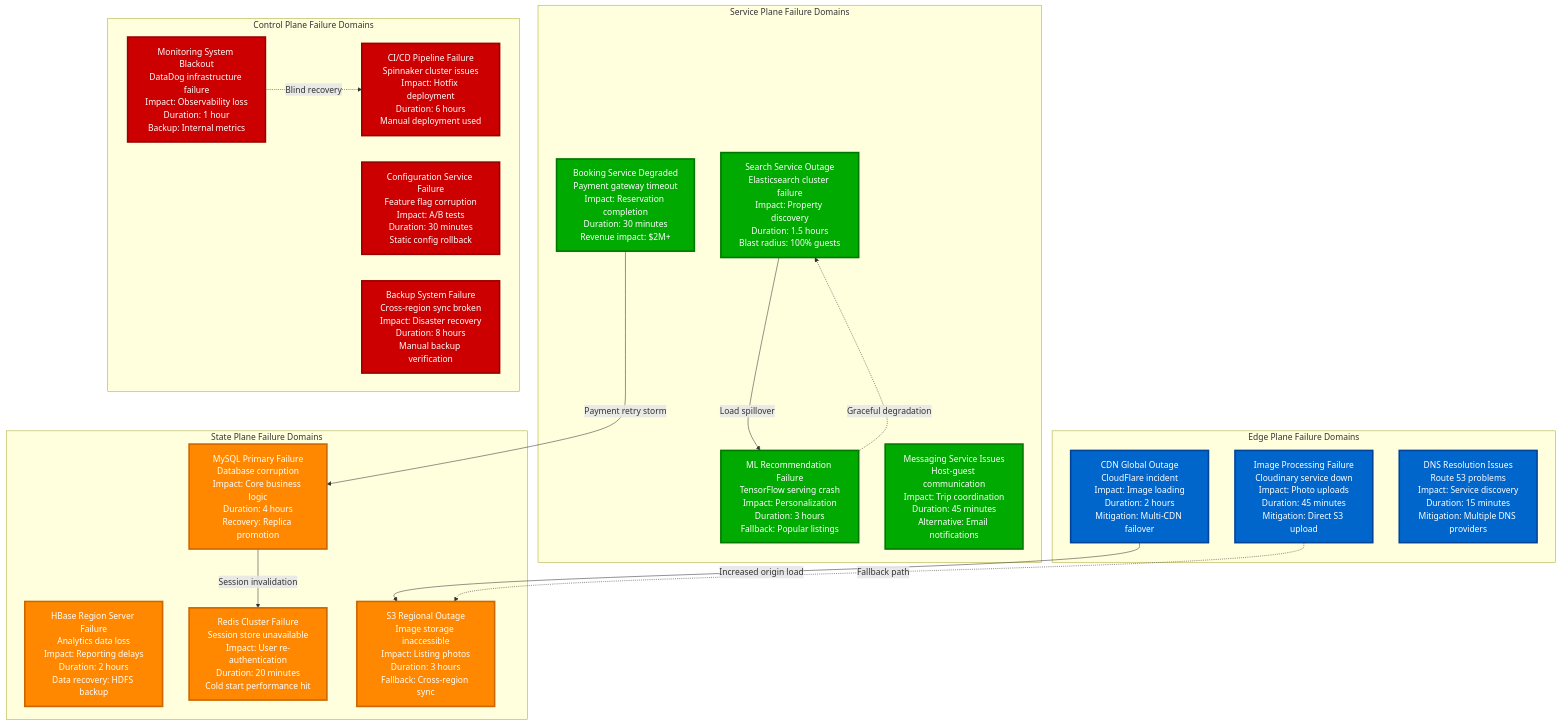
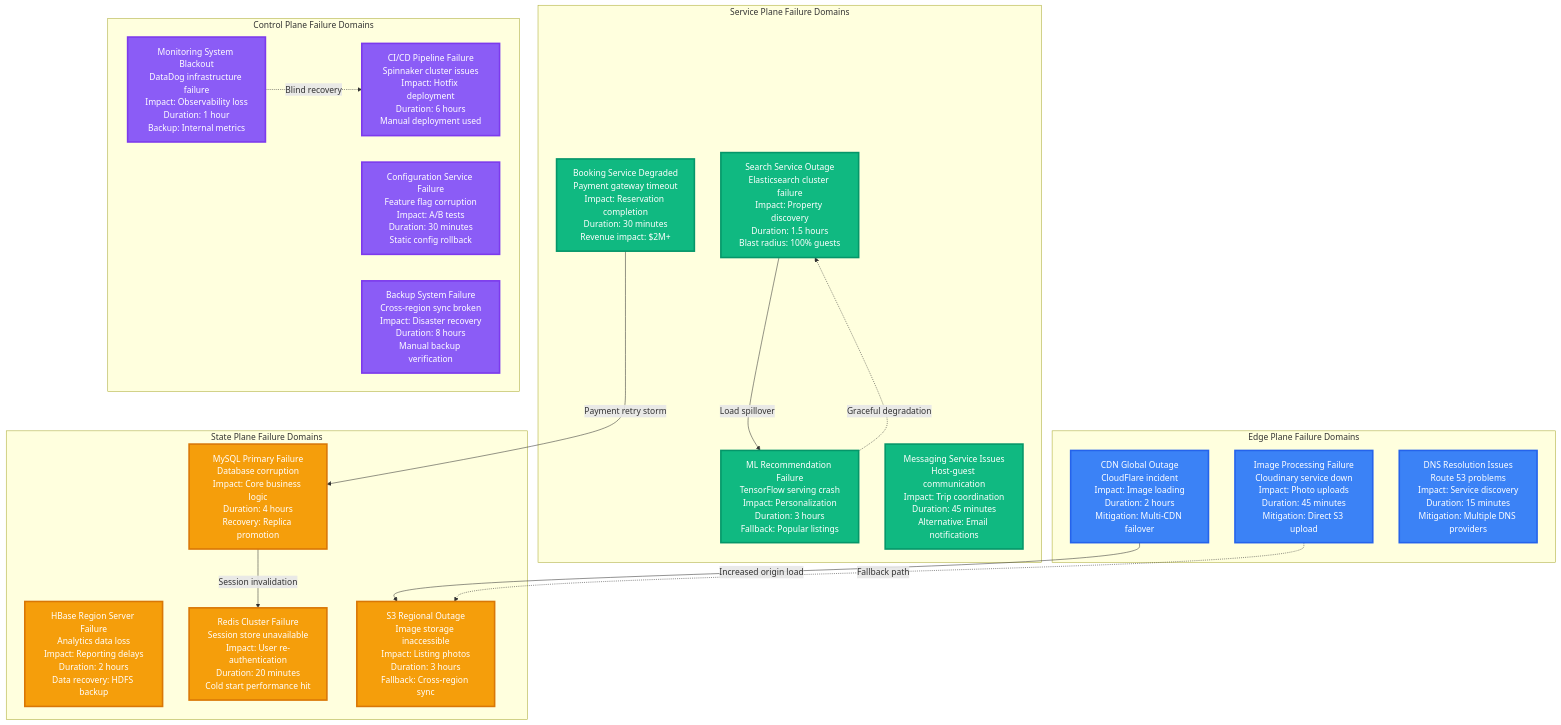
The first of 5 diagrams in site/docs/systems/airbnb/failure-domains.md (deepaucksharma/DS), drawn with Mermaid before and after one commit. The commit also changed other lines of this file and 303 other files, not shown here.

````diff
--- a/site/docs/systems/airbnb/failure-domains.md
+++ b/site/docs/systems/airbnb/failure-domains.md
@@ -7,62 +7,62 @@
 ```mermaid
 graph TB
     subgraph EdgeFailures[Edge Plane Failure Domains]
         CDNOutage[CDN Global Outage<br/>CloudFlare incident<br/>Impact: Image loading<br/>Duration: 2 hours<br/>Mitigation: Multi-CDN failover]
 
         ImageProcessingFail[Image Processing Failure<br/>Cloudinary service down<br/>Impact: Photo uploads<br/>Duration: 45 minutes<br/>Mitigation: Direct S3 upload]
 
         DNSResolutionFail[DNS Resolution Issues<br/>Route 53 problems<br/>Impact: Service discovery<br/>Duration: 15 minutes<br/>Mitigation: Multiple DNS providers]
     end
 
     subgraph ServiceFailures[Service Plane Failure Domains]
         SearchServiceDown[Search Service Outage<br/>Elasticsearch cluster failure<br/>Impact: Property discovery<br/>Duration: 1.5 hours<br/>Blast radius: 100% guests]
 
         BookingServiceDegraded[Booking Service Degraded<br/>Payment gateway timeout<br/>Impact: Reservation completion<br/>Duration: 30 minutes<br/>Revenue impact: $2M+]
 
         RecommendationFailure[ML Recommendation Failure<br/>TensorFlow serving crash<br/>Impact: Personalization<br/>Duration: 3 hours<br/>Fallback: Popular listings]
 
         MessageServiceIssues[Messaging Service Issues<br/>Host-guest communication<br/>Impact: Trip coordination<br/>Duration: 45 minutes<br/>Alternative: Email notifications]
     end
 
     subgraph StateFailures[State Plane Failure Domains]
         MySQLPrimaryFailure[MySQL Primary Failure<br/>Database corruption<br/>Impact: Core business logic<br/>Duration: 4 hours<br/>Recovery: Replica promotion]
 
         HBaseRegionFailure[HBase Region Server Failure<br/>Analytics data loss<br/>Impact: Reporting delays<br/>Duration: 2 hours<br/>Data recovery: HDFS backup]
 
         RedisClusterFailure[Redis Cluster Failure<br/>Session store unavailable<br/>Impact: User re-authentication<br/>Duration: 20 minutes<br/>Cold start performance hit]
 
         S3RegionalOutage[S3 Regional Outage<br/>Image storage inaccessible<br/>Impact: Listing photos<br/>Duration: 3 hours<br/>Fallback: Cross-region sync]
     end
 
     subgraph ControlFailures[Control Plane Failure Domains]
         MonitoringBlackout[Monitoring System Blackout<br/>DataDog infrastructure failure<br/>Impact: Observability loss<br/>Duration: 1 hour<br/>Backup: Internal metrics]
 
         DeploymentPipelineDown[CI/CD Pipeline Failure<br/>Spinnaker cluster issues<br/>Impact: Hotfix deployment<br/>Duration: 6 hours<br/>Manual deployment used]
 
         ConfigServiceCorruption[Configuration Service Failure<br/>Feature flag corruption<br/>Impact: A/B tests<br/>Duration: 30 minutes<br/>Static config rollback]
 
         BackupSystemFailure[Backup System Failure<br/>Cross-region sync broken<br/>Impact: Disaster recovery<br/>Duration: 8 hours<br/>Manual backup verification]
     end
 
     %% Cascade Failure Paths
     CDNOutage -->|Increased origin load| S3RegionalOutage
     SearchServiceDown -->|Load spillover| RecommendationFailure
     MySQLPrimaryFailure -->|Session invalidation| RedisClusterFailure
     BookingServiceDegraded -->|Payment retry storm| MySQLPrimaryFailure
 
     %% Recovery Dependencies
     ImageProcessingFail -.->|Fallback path| S3RegionalOutage
     RecommendationFailure -.->|Graceful degradation| SearchServiceDown
     MonitoringBlackout -.->|Blind recovery| DeploymentPipelineDown
 
     %% Apply four-plane colors with thicker borders for failures
-    classDef edgeStyle fill:#0066CC,stroke:#004499,color:#fff,stroke-width:3px
-    classDef serviceStyle fill:#00AA00,stroke:#007700,color:#fff,stroke-width:3px
-    classDef stateStyle fill:#FF8800,stroke:#CC6600,color:#fff,stroke-width:3px
-    classDef controlStyle fill:#CC0000,stroke:#990000,color:#fff,stroke-width:3px
+    classDef edgeStyle fill:#3B82F6,stroke:#2563EB,color:#fff,stroke-width:3px
+    classDef serviceStyle fill:#10B981,stroke:#059669,color:#fff,stroke-width:3px
+    classDef stateStyle fill:#F59E0B,stroke:#D97706,color:#fff,stroke-width:3px
+    classDef controlStyle fill:#8B5CF6,stroke:#7C3AED,color:#fff,stroke-width:3px
 
     class CDNOutage,ImageProcessingFail,DNSResolutionFail edgeStyle
     class SearchServiceDown,BookingServiceDegraded,RecommendationFailure,MessageServiceIssues serviceStyle
     class MySQLPrimaryFailure,HBaseRegionFailure,RedisClusterFailure,S3RegionalOutage stateStyle
     class MonitoringBlackout,DeploymentPipelineDown,ConfigServiceCorruption,BackupSystemFailure controlStyle
 ```
````
